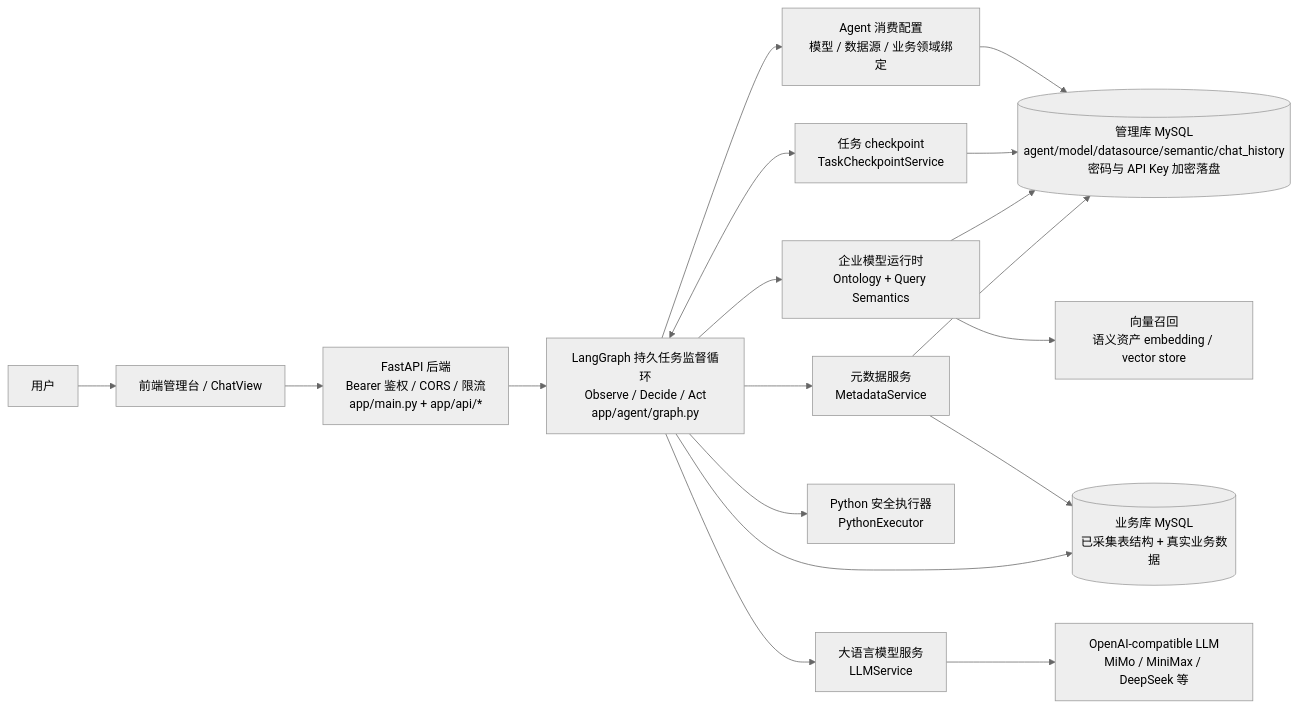
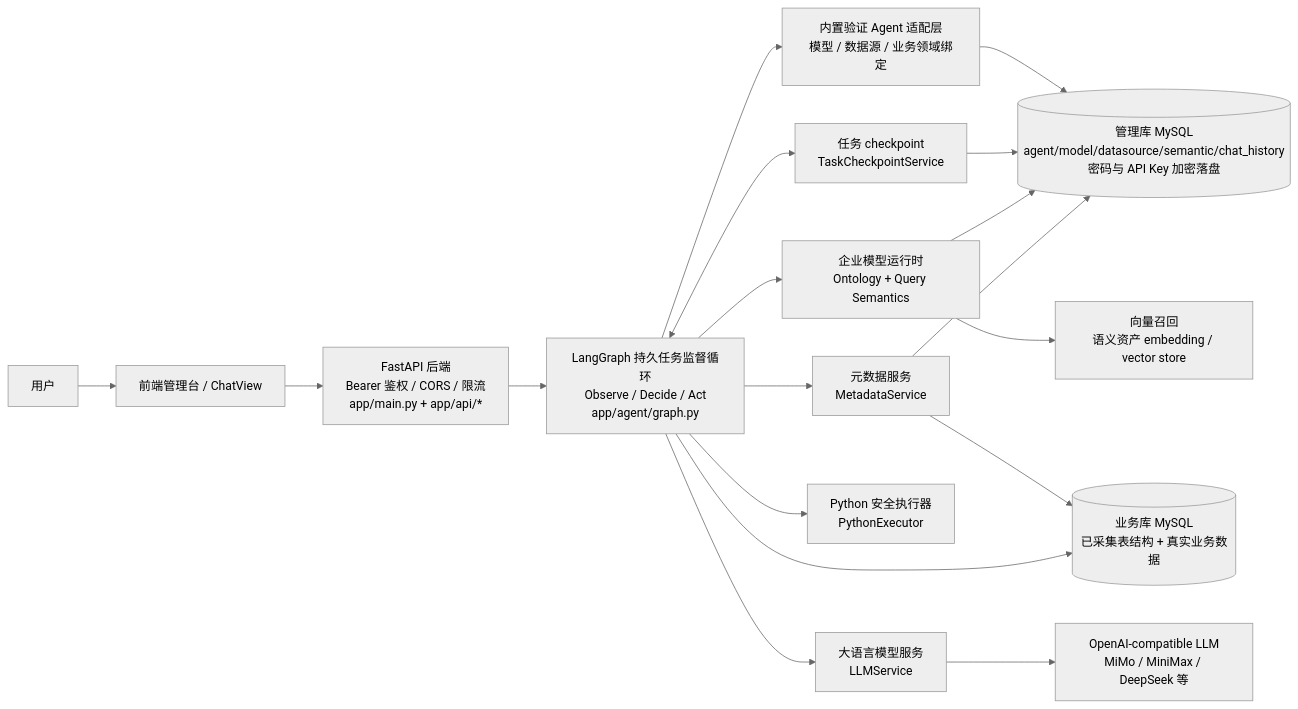
One commit to TtonyLiang/data-agent changed the second of 8 diagrams in docs/project-design.md. Above: the diagram before and after it, drawn with Mermaid (neutral theme). The commit also changed other lines of this file and 34 other files, not shown here.

````diff
--- a/docs/project-design.md
+++ b/docs/project-design.md
@@ -77,23 +78,23 @@
 ```mermaid
 flowchart LR
   U["用户"] --> FE["前端管理台 / ChatView"]
 
   FE --> API["FastAPI 后端<br/>Bearer 鉴权 / CORS / 限流<br/>app/main.py + app/api/*"]
   API --> GRAPH["LangGraph 持久任务监督循环<br/>Observe / Decide / Act<br/>app/agent/graph.py"]
 
-  GRAPH --> AGENT["Agent 消费配置<br/>模型 / 数据源 / 业务领域绑定"]
+  GRAPH --> AGENT["内置验证 Agent 适配层<br/>模型 / 数据源 / 业务领域绑定"]
   GRAPH --> SEM["企业模型运行时<br/>Ontology + Query Semantics"]
   GRAPH --> META["元数据服务<br/>MetadataService"]
   GRAPH --> LLM["大语言模型服务<br/>LLMService"]
   GRAPH --> EXEC["Python 安全执行器<br/>PythonExecutor"]
   GRAPH <--> CKPT["任务 checkpoint<br/>TaskCheckpointService"]
 
   AGENT --> MGMT[("管理库 MySQL<br/>agent/model/datasource/semantic/chat_history<br/>密码与 API Key 加密落盘")]
   CKPT --> MGMT
   SEM --> MGMT
   META --> MGMT
   META --> BIZ[("业务库 MySQL<br/>已采集表结构 + 真实业务数据")]
   GRAPH --> BIZ
   LLM --> LLMAPI["OpenAI-compatible LLM<br/>MiMo / MiniMax / DeepSeek 等"]
   SEM --> VEC["向量召回<br/>语义资产 embedding / vector store"]
 ```
````
